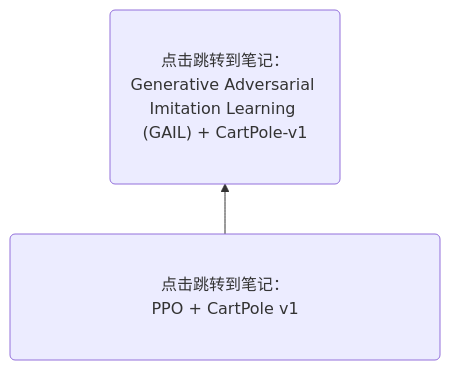
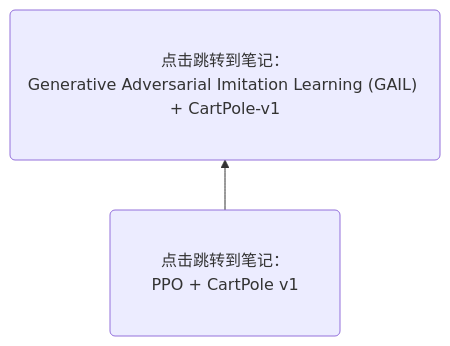
Before and after one commit to Gaoshu-root/Code-related-courses: the diagram in 笔记封存/test.md, drawn with Mermaid.

Commit message:
Update class definitions in test.md

````diff
--- a/笔记封存/test.md
+++ b/笔记封存/test.md
@@ -2,11 +2,11 @@
 ```mermaid
 graph BT
     classDef wide padding:400px;
     classDef wide1 padding:200px;
     P1("点击跳转到笔记：<br>PPO + CartPole v1") --> P2("点击跳转到笔记：<br>Generative Adversarial Imitation Learning (GAIL) + CartPole-v1")
     click P1 "https://github.com/Gaoshu-root/Code-related-courses/blob/main/RL2024/PPO_%2B_CartPole_v1_.ipynb"
     click P2 "https://github.com/Gaoshu-root/Code-related-courses/blob/main/RL2024/Generative%20Adversarial%20Imitation%20Learning(GAIL)/Generative%20Adversarial%20Imitation%20Learning%20(GAIL)%20%2B%20CartPole-v1%20.ipynb"
-   class P2 wide1
-   class P1 wide
+   class P1 wide1
+   class P2 wide
 
 ```
````
